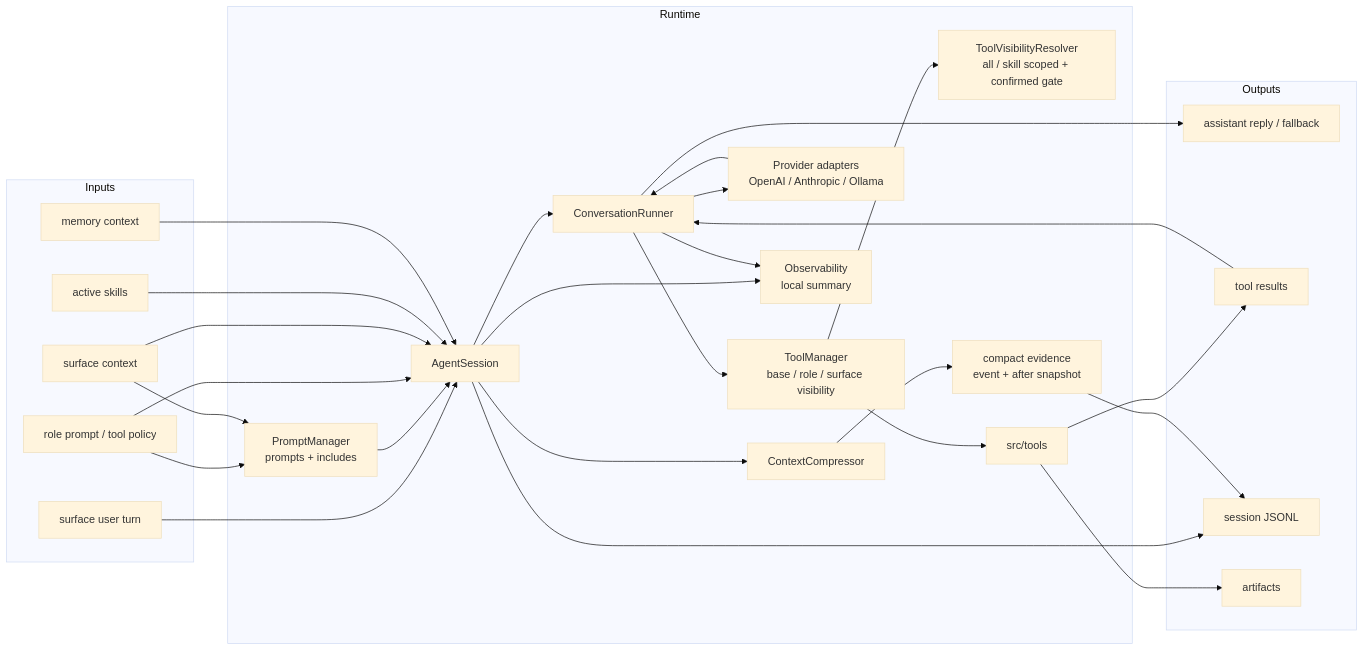
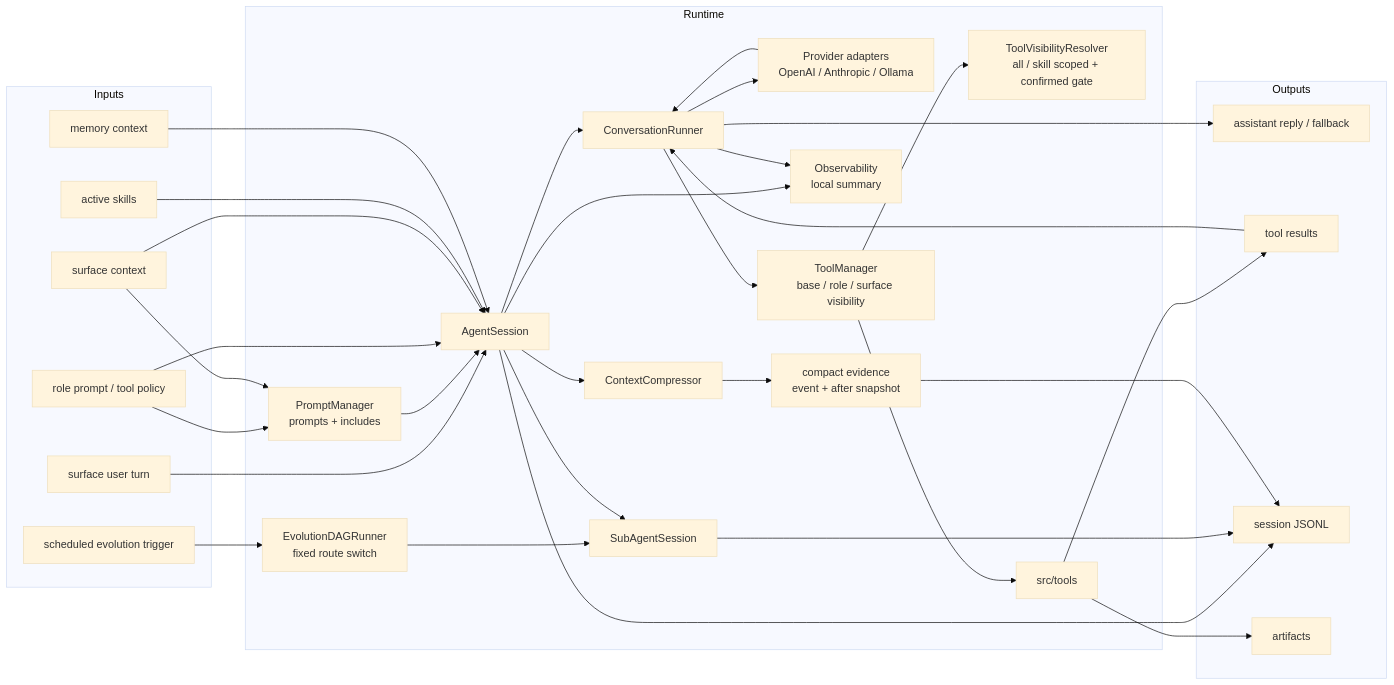
Before and after one commit to fightheyyy/XiaoBa-CLI: the first of 2 diagrams in docs/agent-runtime/SPEC.md, drawn with Mermaid (base theme). The commit also changed other lines of this file and 103 other files, not shown here.

````diff
--- a/docs/agent-runtime/SPEC.md
+++ b/docs/agent-runtime/SPEC.md
@@ -45,55 +49,62 @@
 ```mermaid
 flowchart LR
     subgraph Inputs["Inputs"]
         SurfaceTurn["surface user turn"]
+        EvolutionTrigger["scheduled evolution trigger"]
         RolePolicy["role prompt / tool policy"]
         SurfaceContext["surface context"]
         SkillPolicy["active skills"]
         Memory["memory context"]
     end
 
     subgraph Runtime["Runtime"]
         Session["AgentSession"]
+        Subagent["SubAgentSession"]
         PromptManager["PromptManager<br/>prompts + includes"]
         Compressor["ContextCompressor"]
         Runner["ConversationRunner"]
         Provider["Provider adapters<br/>OpenAI / Anthropic / Ollama"]
         ToolManager["ToolManager<br/>base / role / surface visibility"]
         Visibility["ToolVisibilityResolver<br/>all / skill scoped + confirmed gate"]
         Tools["src/tools"]
         Observability["Observability<br/>local summary"]
         CompactEvidence["compact evidence<br/>event + after snapshot"]
+        EvolutionDAG["EvolutionDAGRunner<br/>fixed route switch"]
     end
 
     subgraph Outputs["Outputs"]
         Reply["assistant reply / fallback"]
         ToolResults["tool results"]
         SessionLog["session JSONL"]
         Artifacts["artifacts"]
     end
 
     SurfaceTurn --> Session
+    EvolutionTrigger --> EvolutionDAG
+    EvolutionDAG --> Subagent
+    Session --> Subagent
     RolePolicy --> PromptManager
     SurfaceContext --> PromptManager
     PromptManager --> Session
     RolePolicy --> Session
     SurfaceContext --> Session
     SkillPolicy --> Session
     Memory --> Session
     Session --> Compressor
     Compressor --> CompactEvidence
     Session --> Runner
     Runner --> Provider
     Provider --> Runner
     Runner --> ToolManager
     ToolManager --> Visibility
     ToolManager --> Tools
     Tools --> ToolResults
     ToolResults --> Runner
     Runner --> Reply
     Session --> SessionLog
+    Subagent --> SessionLog
     Tools --> Artifacts
     Session --> Observability
     Runner --> Observability
     CompactEvidence --> SessionLog
 ```
````
